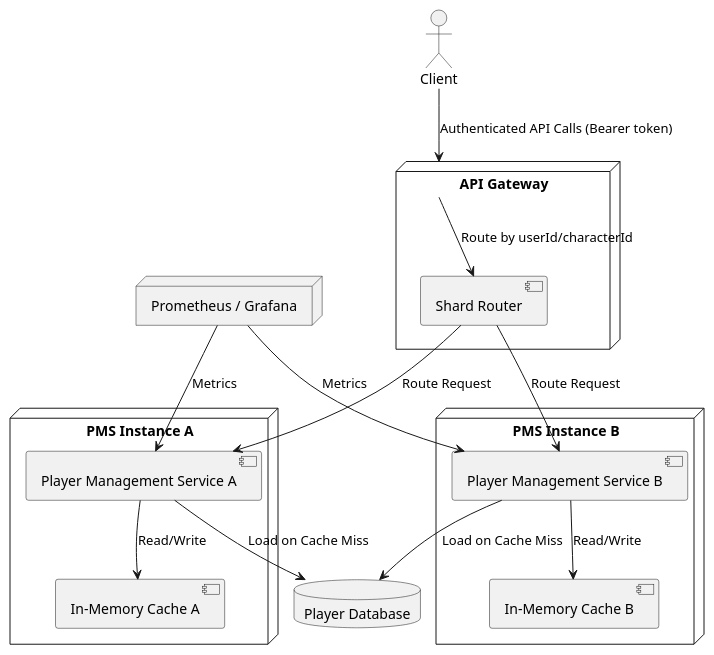
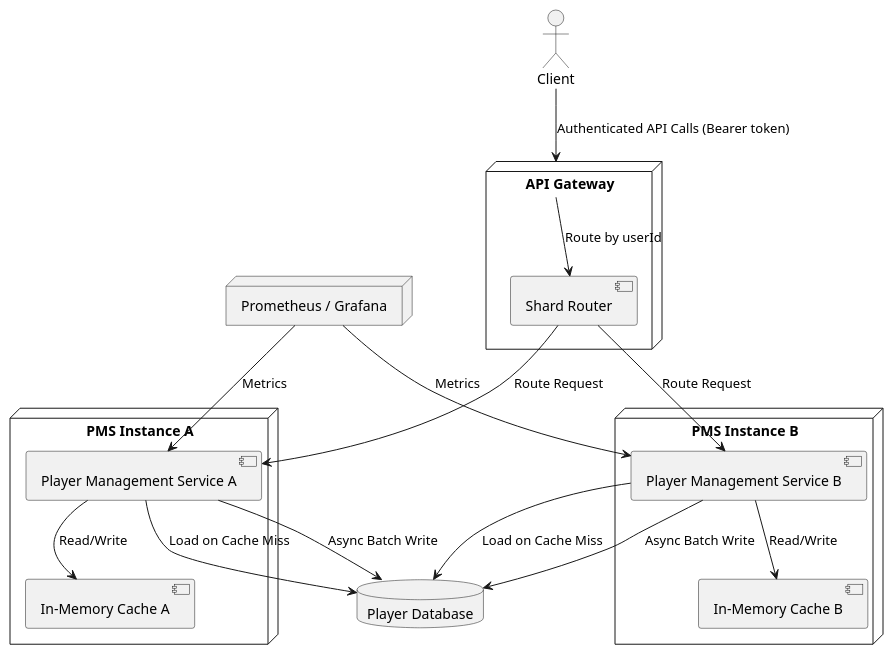
One commit to dcasadevall/rpg-server changed the diagram in docs/1.b-deployment.puml. Above: the diagram before and after it, drawn with PlantUML. The commit also changed 3 other files, not shown here.

```diff
--- a/docs/1.b-deployment.puml
+++ b/docs/1.b-deployment.puml
@@ -1,27 +1,32 @@
 @startuml Player Management Service Extension
 actor Client
 node "API Gateway" {
     [Shard Router]
 }
 node "PMS Instance A" {
     [In-Memory Cache A]
     [Player Management Service A]
 }
 node "PMS Instance B" {
     [In-Memory Cache B]
     [Player Management Service B]
 }
 database "Player Database" as DB
 node "Prometheus / Grafana" as Monitoring
 
 Client --> "API Gateway" : Authenticated API Calls (Bearer token)
-"API Gateway" --> "Shard Router" : Route by userId/characterId
+"API Gateway" --> "Shard Router" : Route by userId
 "Shard Router" --> "Player Management Service A" : Route Request
 "Shard Router" --> "Player Management Service B" : Route Request
 "Player Management Service A" --> "In-Memory Cache A" : Read/Write
 "Player Management Service A" --> DB : Load on Cache Miss
 "Player Management Service B" --> "In-Memory Cache B" : Read/Write
 "Player Management Service B" --> DB : Load on Cache Miss
+
+' Async write path
+"Player Management Service A" --> DB : Async Batch Write
+"Player Management Service B" --> DB : Async Batch Write
+
 Monitoring --> "Player Management Service A" : Metrics
 Monitoring --> "Player Management Service B" : Metrics
 @enduml
```
